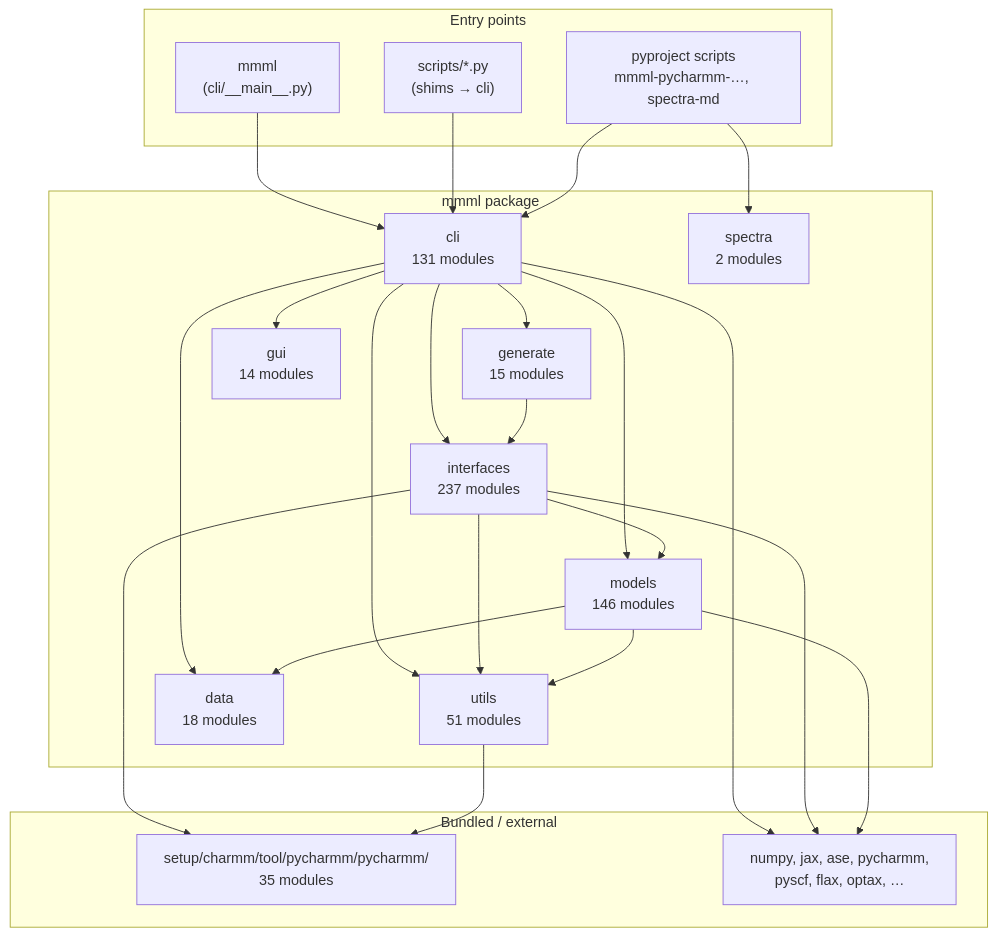
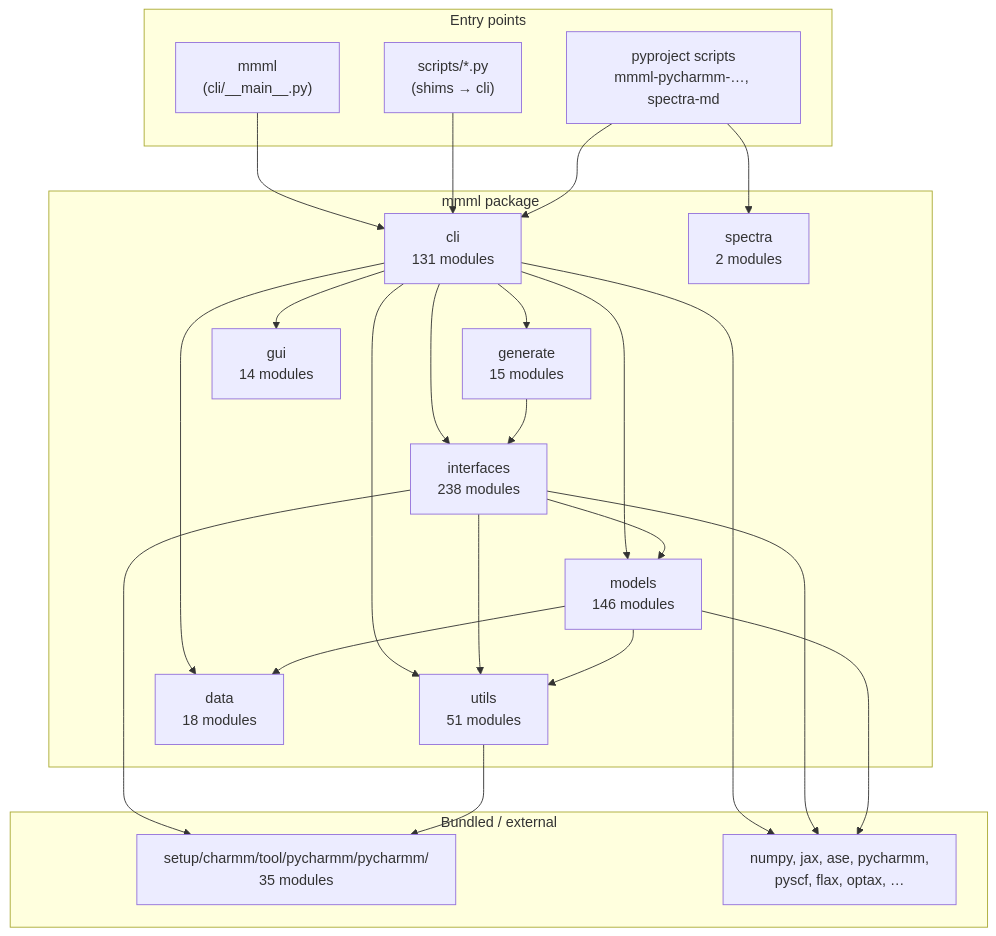
The first of 8 diagrams in docs/package-architecture.md (EricBoittier/mmml), drawn with Mermaid before and after one commit.

Commit message:
docs: count 238 interface modules after #234
callback_buffers plus the hybrid bonded helper. Unblocks Docs on main.

````diff
--- a/docs/package-architecture.md
+++ b/docs/package-architecture.md
@@ -13,48 +13,48 @@
 ```mermaid
 flowchart TB
   subgraph entry["Entry points"]
     MMML["mmml\n(cli/__main__.py)"]
     SCRIPTS["scripts/*.py\n(shims → cli)"]
     PKG["pyproject scripts\nmmml-pycharmm-…, spectra-md"]
   end
 
   subgraph mmml_pkg["mmml package"]
     CLI["cli\n131 modules"]
-    IFACE["interfaces\n237 modules"]
+    IFACE["interfaces\n238 modules"]
     MODELS["models\n146 modules"]
     UTILS["utils\n51 modules"]
     DATA["data\n18 modules"]
     GEN["generate\n15 modules"]
     GUI["gui\n14 modules"]
     SPEC["spectra\n2 modules"]
   end
 
   subgraph vendor["Bundled / external"]
     PYCH["setup/charmm/tool/pycharmm/pycharmm/\n35 modules"]
     EXT["numpy, jax, ase, pycharmm,\npyscf, flax, optax, …"]
   end
 
   MMML --> CLI
   SCRIPTS --> CLI
   PKG --> CLI
   PKG --> SPEC
 
   CLI --> IFACE
   CLI --> MODELS
   CLI --> DATA
   CLI --> UTILS
   CLI --> GEN
   CLI --> GUI
 
   IFACE --> MODELS
   IFACE --> UTILS
   IFACE --> PYCH
   MODELS --> UTILS
   MODELS --> DATA
   UTILS --> PYCH
   GEN --> IFACE
 
   CLI --> EXT
   IFACE --> EXT
   MODELS --> EXT
 ```
````
